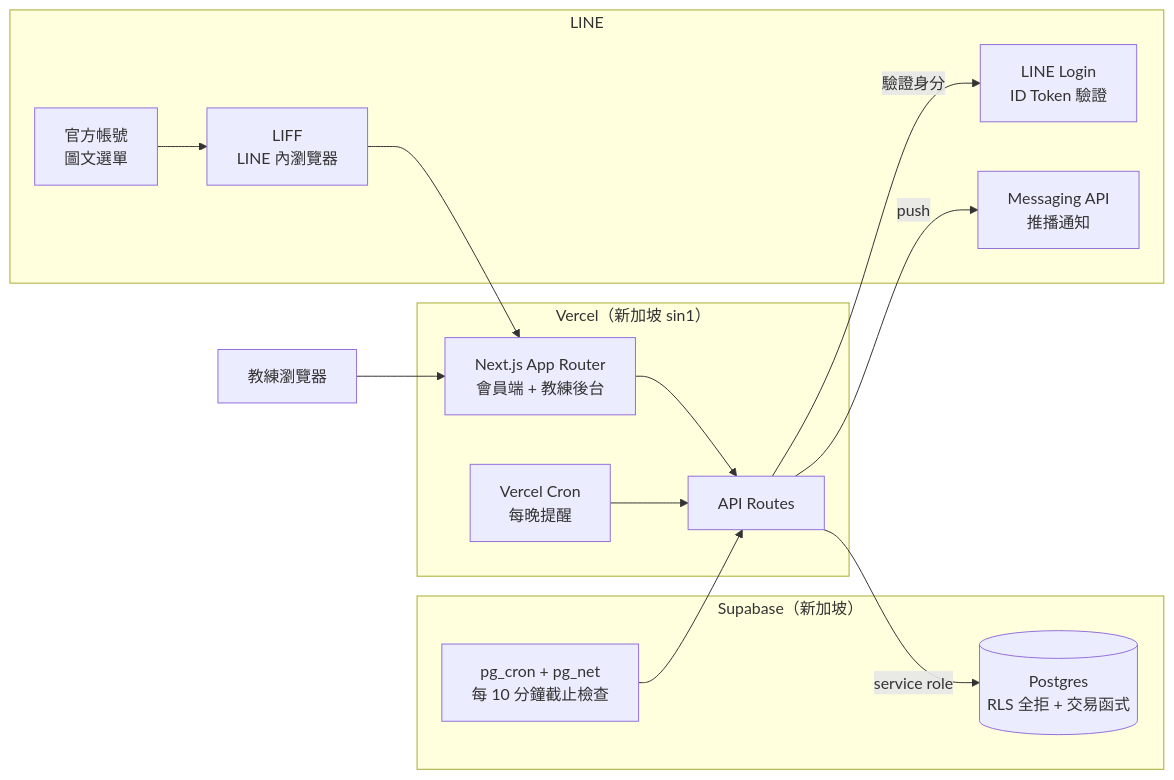
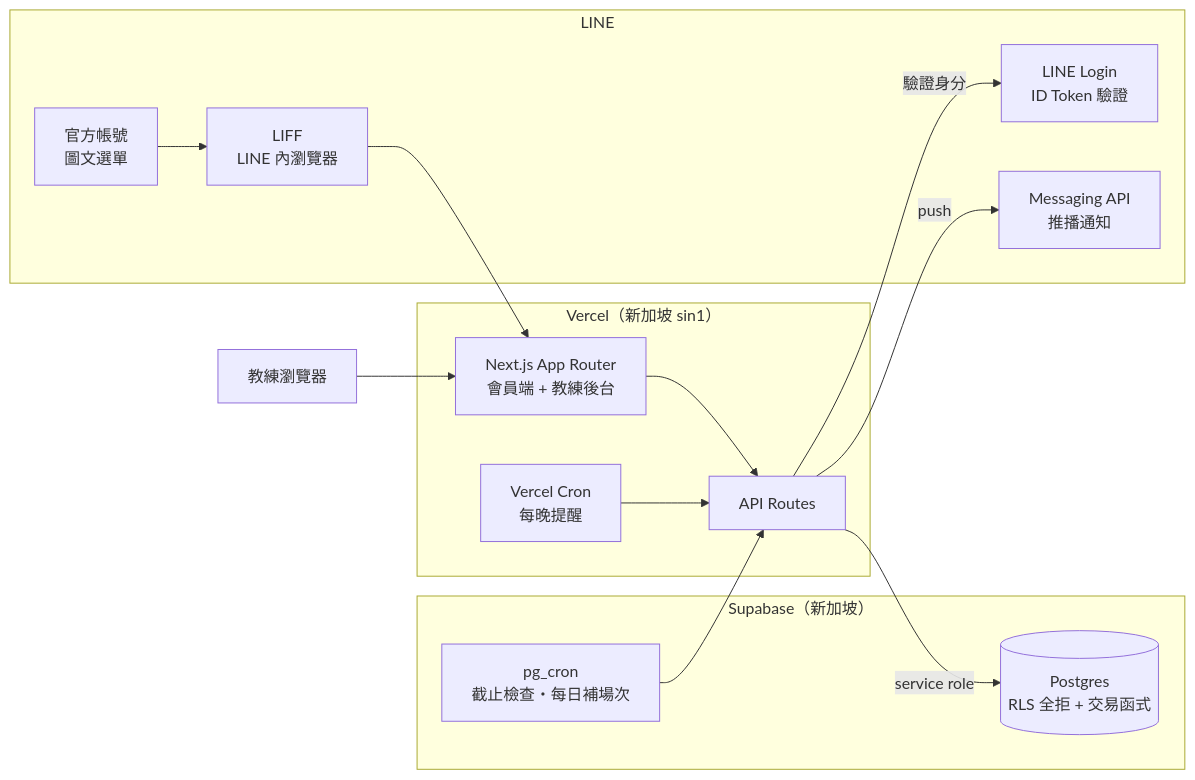
One commit to AFKsteamED/dojo-booking-system changed the second of 3 diagrams in README.md. Above: the diagram before and after it, drawn with Mermaid. The commit also changed other lines of this file and 2 other files, not shown here.

````diff
--- a/README.md
+++ b/README.md
@@ -228,24 +229,24 @@
 ```mermaid
 flowchart LR
   subgraph LINE
     OA["官方帳號<br/>圖文選單"] --> LIFF["LIFF<br/>LINE 內瀏覽器"]
     LOGIN["LINE Login<br/>ID Token 驗證"]
     MAPI["Messaging API<br/>推播通知"]
   end
   subgraph Vercel["Vercel（新加坡 sin1）"]
     FE["Next.js App Router<br/>會員端 + 教練後台"]
     API["API Routes"]
     VCRON["Vercel Cron<br/>每晚提醒"]
   end
   subgraph Supabase["Supabase（新加坡）"]
     DB[("Postgres<br/>RLS 全拒 + 交易函式")]
-    PGCRON["pg_cron + pg_net<br/>每 10 分鐘截止檢查"]
+    PGCRON["pg_cron<br/>截止檢查・每日補場次"]
   end
   Coach["教練瀏覽器"] --> FE
   LIFF --> FE --> API
   API -- 驗證身分 --> LOGIN
   API -- service role --> DB
   API -- push --> MAPI
   VCRON --> API
   PGCRON --> API
 ```
````
